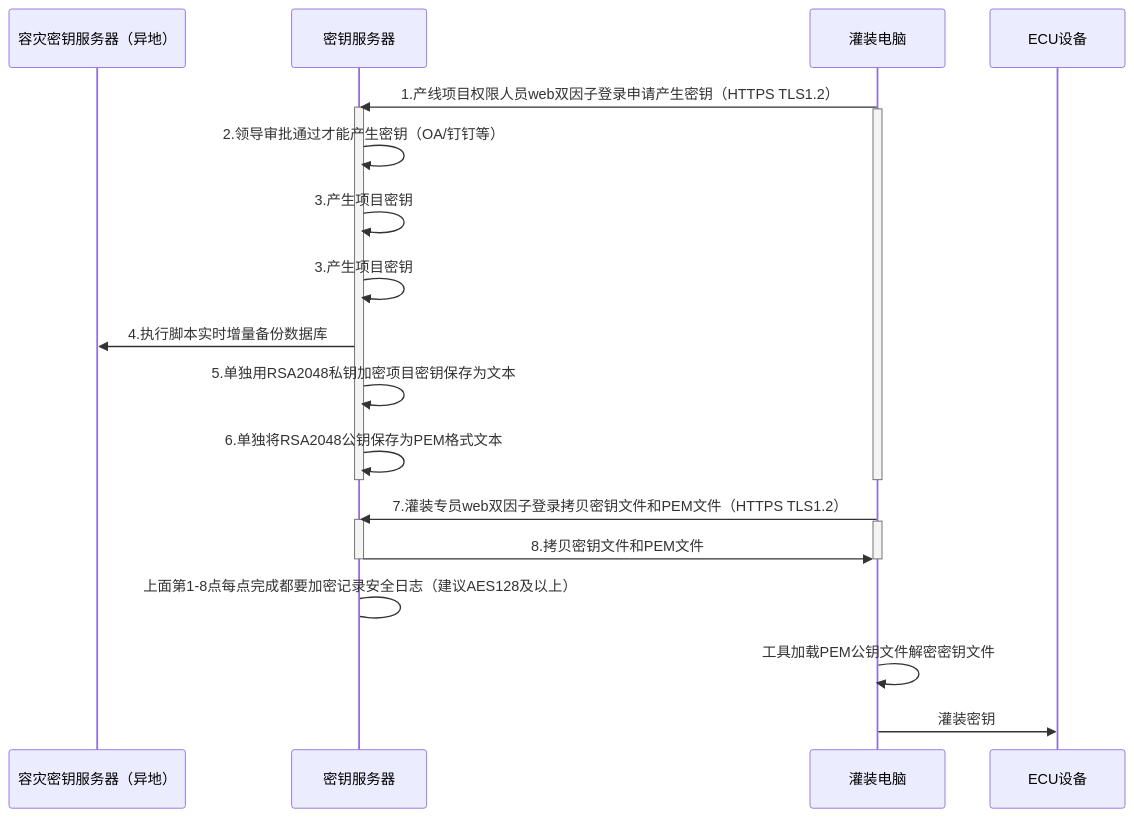
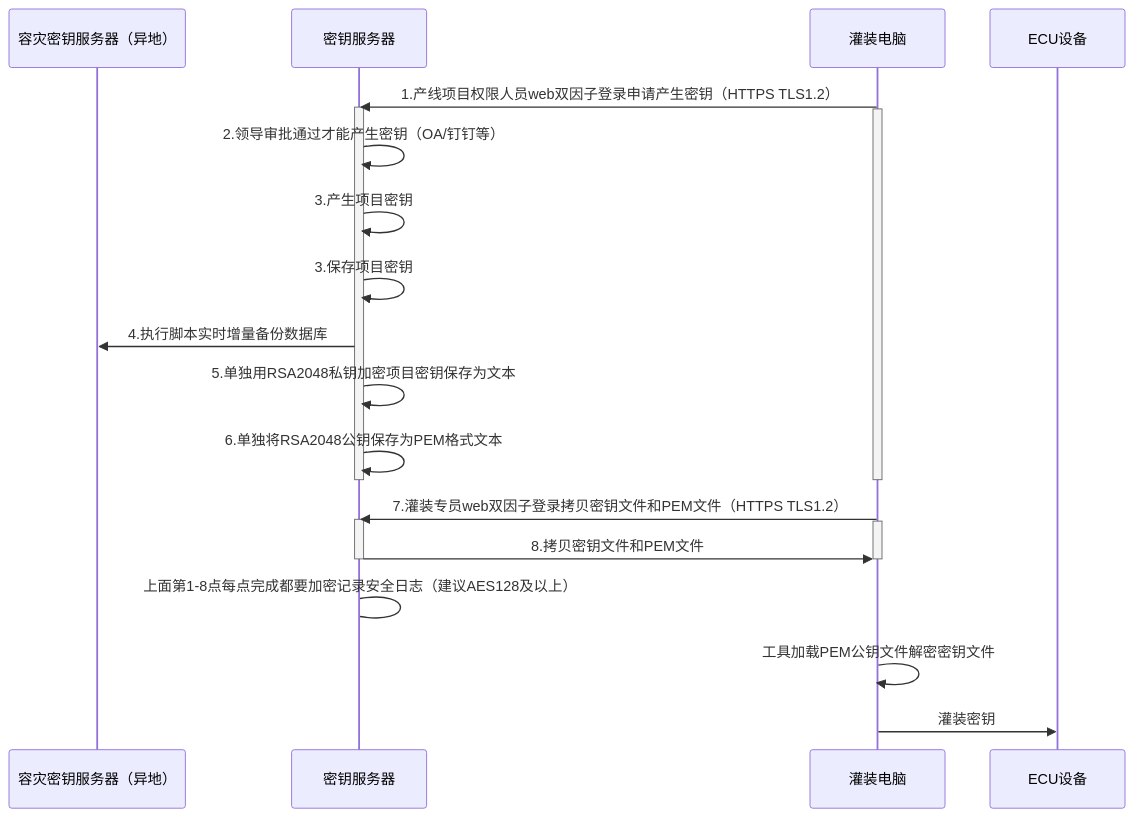
Before and after one commit to facebook-cloud/iodraw-files: the diagram in all/未命名-15.md, drawn with Mermaid.

Commit message:
2026-02-12 13:51:26 update

````diff
--- a/all/未命名-15.md
+++ b/all/未命名-15.md
@@ -1,33 +1,33 @@
 ```mermaid
 sequenceDiagram
     participant A as 容灾密钥服务器（异地）
     participant B as 密钥服务器
     participant D as 灌装电脑
     participant E as ECU设备
 
     
     D->>B: 1.产线项目权限人员web双因子登录申请产生密钥（HTTPS TLS1.2）
     activate B
     activate D
     B->>B: 2.领导审批通过才能产生密钥（OA/钉钉等）
     B->>B: 3.产生项目密钥
-    B->>B: 3.产生项目密钥
+    B->>B: 3.保存项目密钥
     B->>A: 4.执行脚本实时增量备份数据库
     B->>B: 5.单独用RSA2048私钥加密项目密钥保存为文本
     B->>B: 6.单独将RSA2048公钥保存为PEM格式文本
     deactivate B
     deactivate D
 
     
     D->>B: 7.灌装专员web双因子登录拷贝密钥文件和PEM文件（HTTPS TLS1.2）
     activate B
     activate D
     B->>D: 8.拷贝密钥文件和PEM文件
     deactivate B
     deactivate D
     B->B: 上面第1-8点每点完成都要加密记录安全日志（建议AES128及以上）
 
     D->>D:工具加载PEM公钥文件解密密钥文件
     
     D->>E: 灌装密钥
 ```
````
